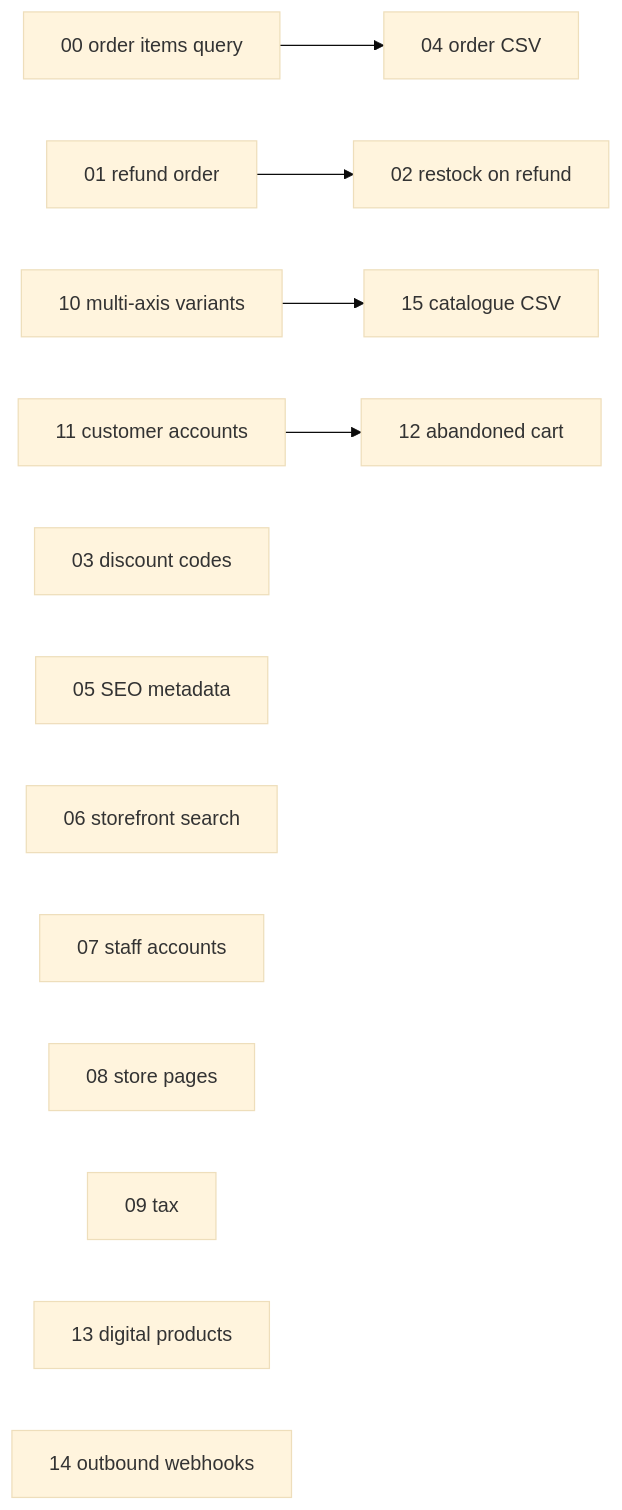
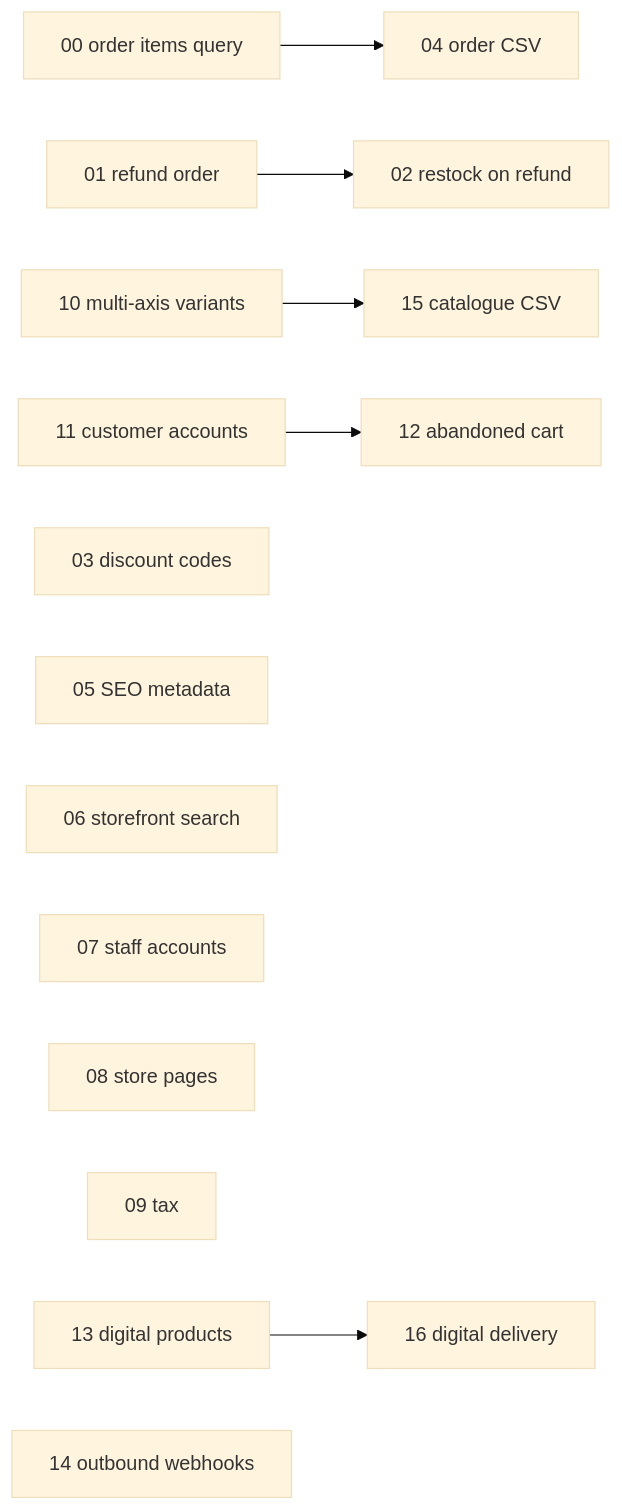
Before and after one commit to binx/yesiwantaplatform: the diagram in docs/tasks/README.md, drawn with Mermaid (base theme). The commit also changed other lines of this file and 3 other files, not shown here.

First line of the commit message:
Split digital delivery out of task 13 into task 16

````diff
--- a/docs/tasks/README.md
+++ b/docs/tasks/README.md
@@ -170,15 +170,15 @@
 ```mermaid
 graph LR
   T00[00 order items query] --> T04[04 order CSV]
   T01[01 refund order] --> T02[02 restock on refund]
   T10[10 multi-axis variants] --> T15[15 catalogue CSV]
   T11[11 customer accounts] --> T12[12 abandoned cart]
   T03[03 discount codes]
   T05[05 SEO metadata]
   T06[06 storefront search]
   T07[07 staff accounts]
   T08[08 store pages]
   T09[09 tax]
-  T13[13 digital products]
+  T13[13 digital products] --> T16[16 digital delivery]
   T14[14 outbound webhooks]
 ```
````
